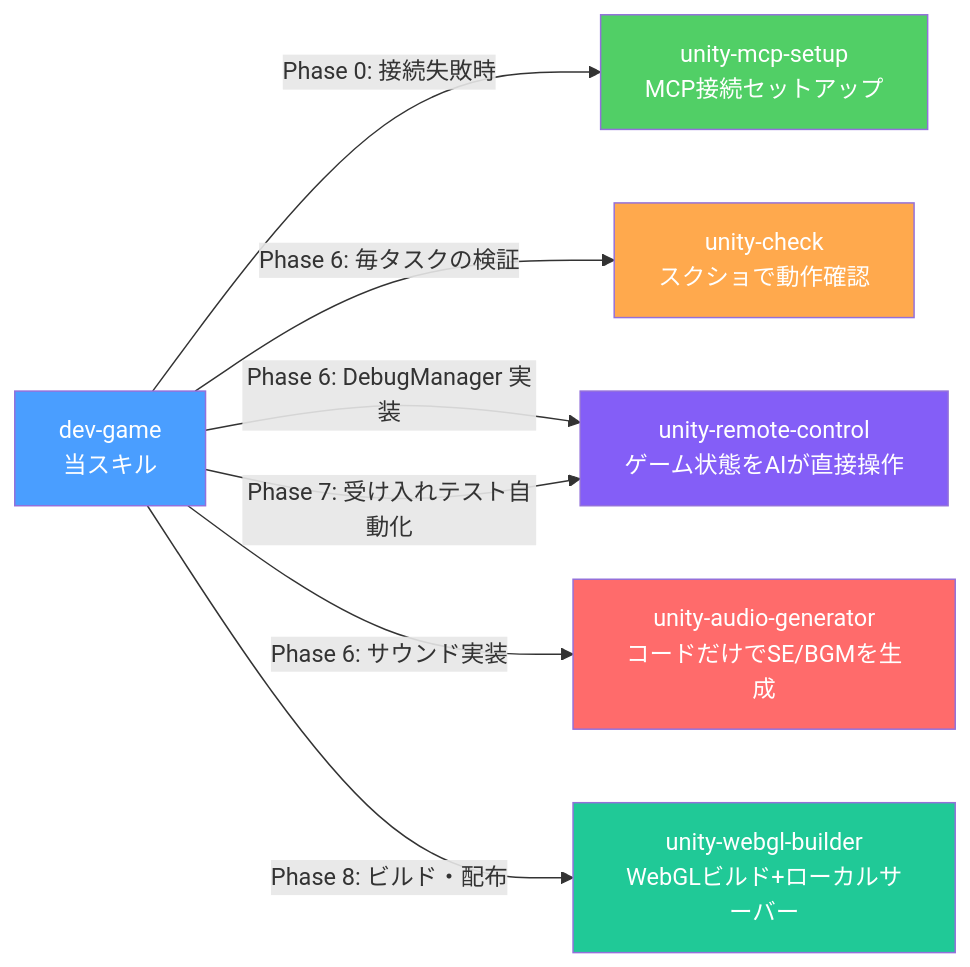
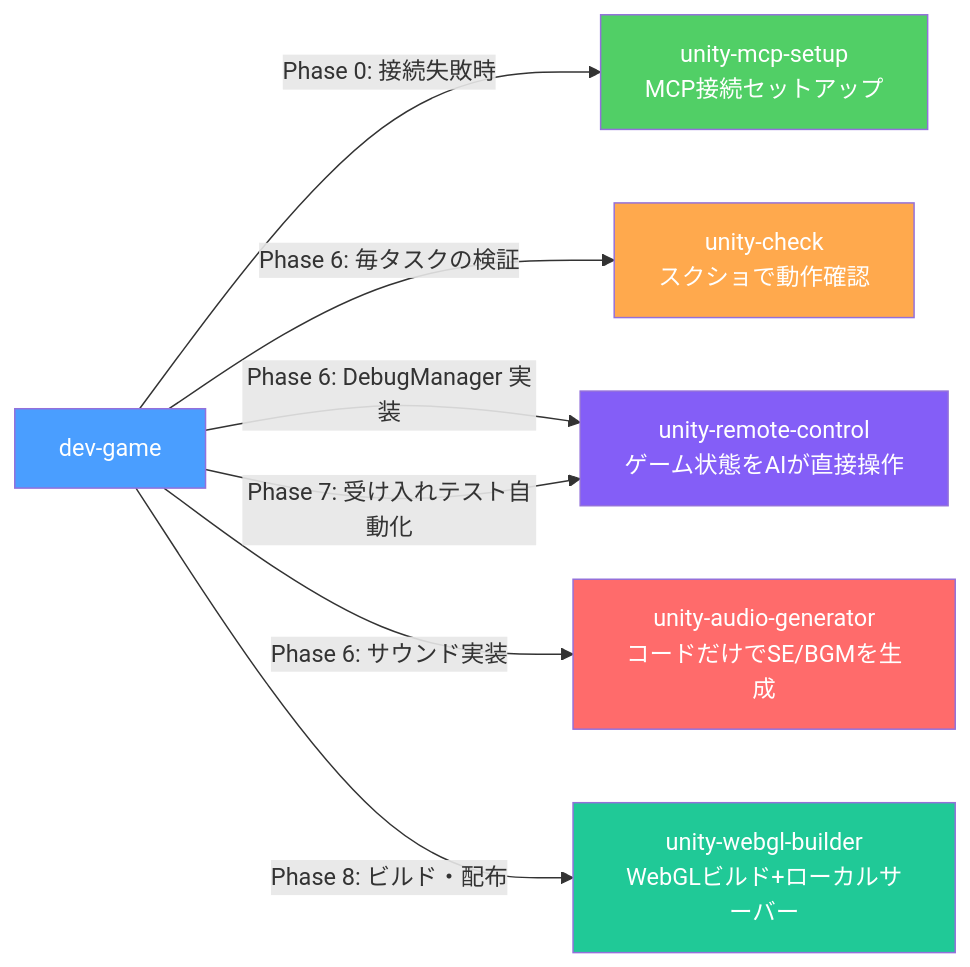
Before and after one commit to umezy/hcg-workflows: the second of 2 diagrams in README.md, drawn with Mermaid. The commit also changed other lines of this file, not shown here.

````diff
--- a/README.md
+++ b/README.md
@@ -45,24 +51,24 @@
 ```mermaid
 flowchart LR
-    SDD["dev-game<br/>当スキル"]
+    SDD["dev-game"]
 
     MCP["unity-mcp-setup<br/>MCP接続セットアップ"]
     Verify["unity-check<br/>スクショで動作確認"]
     Debug["unity-remote-control<br/>ゲーム状態をAIが直接操作"]
     Audio["unity-audio-generator<br/>コードだけでSE/BGMを生成"]
     WebGL["unity-webgl-builder<br/>WebGLビルド+ローカルサーバー"]
 
     SDD -->|"Phase 0: 接続失敗時"| MCP
     SDD -->|"Phase 6: 毎タスクの検証"| Verify
     SDD -->|"Phase 6: DebugManager 実装"| Debug
     SDD -->|"Phase 6: サウンド実装"| Audio
     SDD -->|"Phase 7: 受け入れテスト自動化"| Debug
     SDD -->|"Phase 8: ビルド・配布"| WebGL
 
     style SDD fill:#4a9eff,color:#fff
     style MCP fill:#51cf66,color:#fff
     style Verify fill:#ffa94d,color:#fff
     style Debug fill:#845ef7,color:#fff
     style Audio fill:#ff6b6b,color:#fff
     style WebGL fill:#20c997,color:#fff
 ```
````
